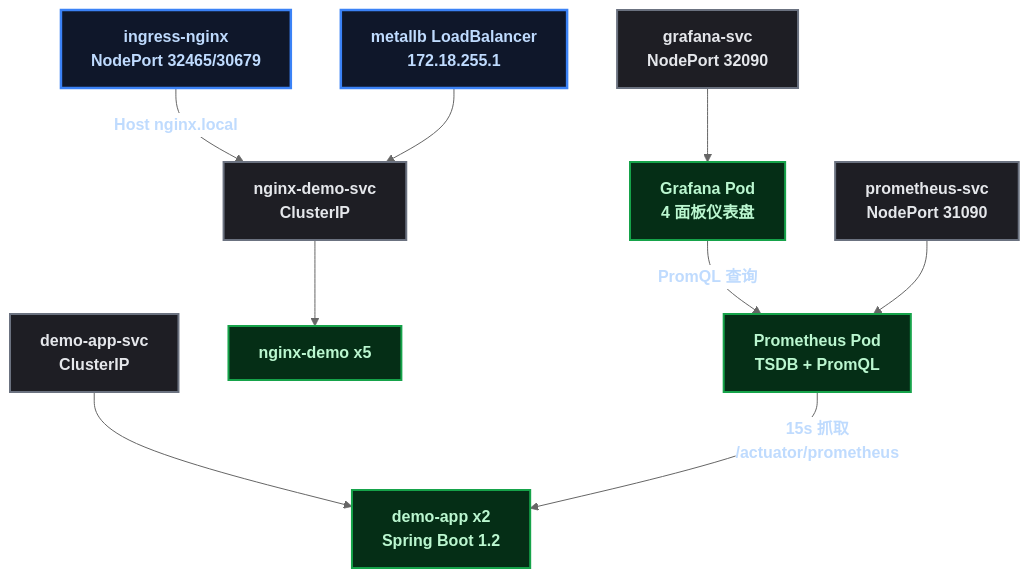
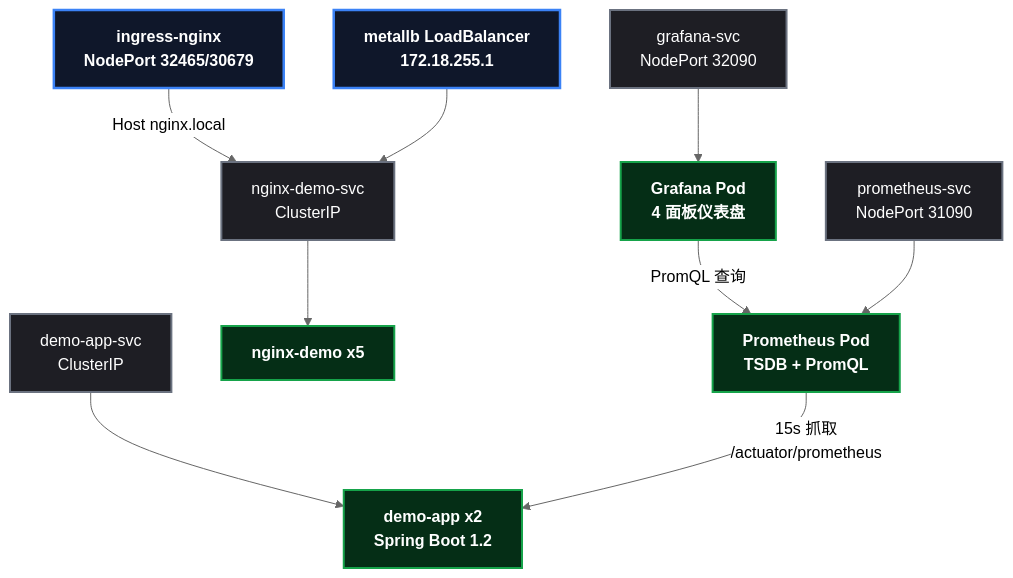
One commit to yaocat55/yaocat55.github.io changed the third of 3 diagrams in content/posts/kubernetes/K8sSeriesWrapup.md. Above: the diagram before and after it, drawn with Mermaid (neutral theme). The commit also changed other lines of this file and 27 other files, not shown here.

Commit message:
docs: 全系列 93 张 Mermaid 图 classDef 改为 style 强制深底白字(修复部分渲染器白底浅字)+历史文件格式清理

````diff
--- a/content/posts/kubernetes/K8sSeriesWrapup.md
+++ b/content/posts/kubernetes/K8sSeriesWrapup.md
@@ -189,31 +185,34 @@
 ```mermaid
 %% kind 集群 learn 内部资产: 入口 -> Service -> Pod -> 监控
 flowchart TD
-    classDef root fill:#0f172a,stroke:#3b82f6,stroke-width:2.5px,color:#bfdbfe,font-weight:bold;
-    classDef process fill:#1e1e24,stroke:#6b7280,stroke-width:2px,color:#e5e7eb;
-    classDef data fill:#052e16,stroke:#16a34a,stroke-width:2px,color:#bbf7d0,font-weight:bold;
 
     ING["ingress-nginx\nNodePort 32465/30679"]
     LB["metallb LoadBalancer\n172.18.255.1"]
     SVC1["nginx-demo-svc\nClusterIP"]
     SVC2["demo-app-svc\nClusterIP"]
     POD1["nginx-demo x5"]
     POD2["demo-app x2\nSpring Boot 1.2"]
     PRO["prometheus-svc\nNodePort 31090"]
     GRA["grafana-svc\nNodePort 32090"]
     PROMS["Prometheus Pod\nTSDB + PromQL"]
     GRAS["Grafana Pod\n4 面板仪表盘"]
 
     ING -->|"Host nginx.local"| SVC1
     LB --> SVC1
     SVC1 --> POD1
     SVC2 --> POD2
     PROMS -->|"15s 抓取\n/actuator/prometheus"| POD2
     GRAS -->|"PromQL 查询"| PROMS
     PRO --> PROMS
     GRA --> GRAS
-
-    class ING,LB root;
-    class SVC1,SVC2,PRO,GRA process;
-    class POD1,POD2,PROMS,GRAS data;
+    style ING fill:#0f172a,stroke:#3b82f6,stroke-width:2.5px,color:#ffffff,font-weight:bold
+    style LB fill:#0f172a,stroke:#3b82f6,stroke-width:2.5px,color:#ffffff,font-weight:bold
+    style SVC1 fill:#1e1e24,stroke:#6b7280,stroke-width:2px,color:#ffffff
+    style SVC2 fill:#1e1e24,stroke:#6b7280,stroke-width:2px,color:#ffffff
+    style PRO fill:#1e1e24,stroke:#6b7280,stroke-width:2px,color:#ffffff
+    style GRA fill:#1e1e24,stroke:#6b7280,stroke-width:2px,color:#ffffff
+    style POD1 fill:#052e16,stroke:#16a34a,stroke-width:2px,color:#ffffff,font-weight:bold
+    style POD2 fill:#052e16,stroke:#16a34a,stroke-width:2px,color:#ffffff,font-weight:bold
+    style PROMS fill:#052e16,stroke:#16a34a,stroke-width:2px,color:#ffffff,font-weight:bold
+    style GRAS fill:#052e16,stroke:#16a34a,stroke-width:2px,color:#ffffff,font-weight:bold
 ```
````
